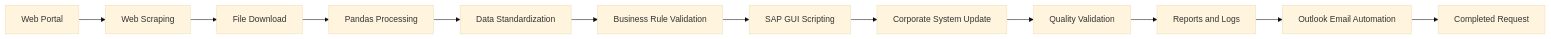
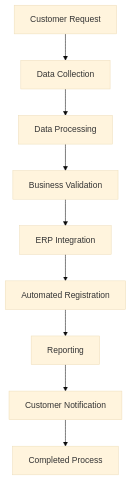
Before and after one commit to vanessabfabri/rpa-remote-self-consumption-registration: the diagram in README.en.md, drawn with Mermaid (base theme).

````diff
--- a/README.en.md
+++ b/README.en.md
@@ -128,26 +130,20 @@
 ```mermaid
-flowchart LR
+flowchart TD
 
-A[Web Portal]
---> B[Web Scraping]
+A[Customer Request]
+--> B[Data Collection]
 
-B --> C[File Download]
+B --> C[Data Processing]
 
-C --> D[Pandas Processing]
+C --> D[Business Validation]
 
-D --> E[Data Standardization]
+D --> E[ERP Integration]
 
-E --> F[Business Rule Validation]
+E --> F[Automated Registration]
 
-F --> G[SAP GUI Scripting]
+F --> G[Reporting]
 
-G --> H[Corporate System Update]
+G --> H[Customer Notification]
 
-H --> I[Quality Validation]
-
-I --> J[Reports and Logs]
-
-J --> K[Outlook Email Automation]
-
-K --> L[Completed Request]
+H --> I[Completed Process]
 ```
````
